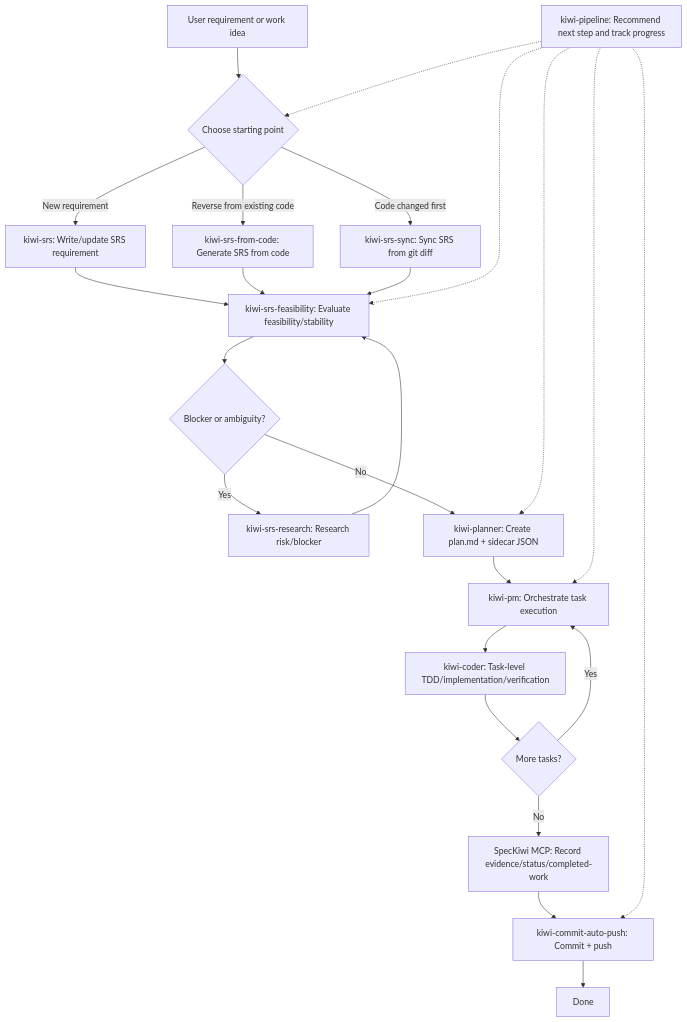
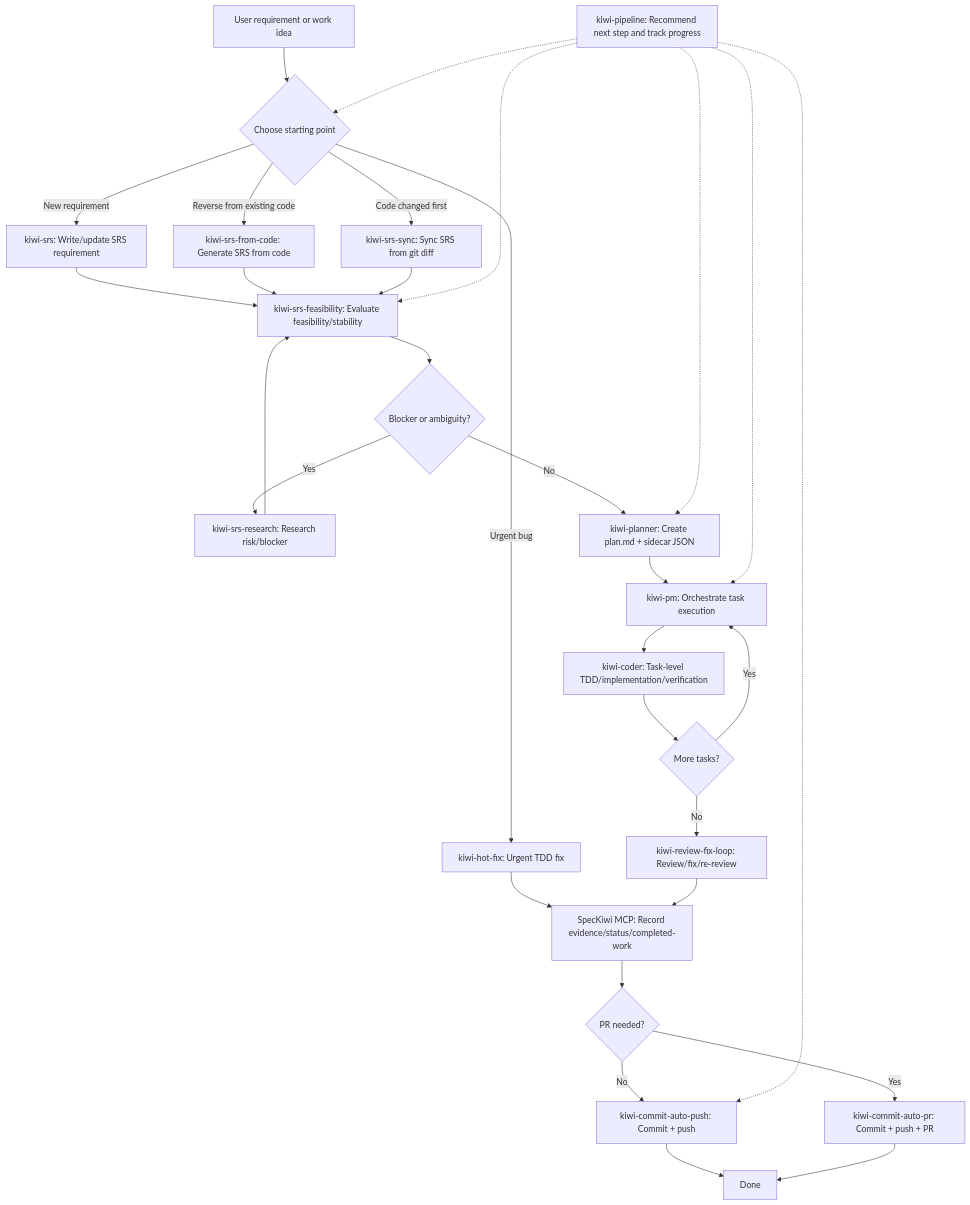
One commit to Snoworca/speckiwi changed the third of 4 diagrams in README.md. Above: the diagram before and after it, drawn with Mermaid. The commit also changed other lines of this file and 75 other files, not shown here.

````diff
--- a/README.md
+++ b/README.md
@@ -462,30 +490,36 @@
 ```mermaid
 flowchart TD
     A["User requirement or work idea"] --> B{"Choose starting point"}
     B -->|New requirement| C["kiwi-srs: Write/update SRS requirement"]
     B -->|Reverse from existing code| D["kiwi-srs-from-code: Generate SRS from code"]
     B -->|Code changed first| E["kiwi-srs-sync: Sync SRS from git diff"]
+    B -->|Urgent bug| Q["kiwi-hot-fix: Urgent TDD fix"]
 
     C --> F["kiwi-srs-feasibility: Evaluate feasibility/stability"]
     D --> F
     E --> F
+    Q --> M
 
     F --> G{"Blocker or ambiguity?"}
     G -->|Yes| H["kiwi-srs-research: Research risk/blocker"]
     H --> F
     G -->|No| I["kiwi-planner: Create plan.md + sidecar JSON"]
 
     I --> J["kiwi-pm: Orchestrate task execution"]
     J --> K["kiwi-coder: Task-level TDD/implementation/verification"]
     K --> L{"More tasks?"}
     L -->|Yes| J
-    L -->|No| M["SpecKiwi MCP: Record evidence/status/completed-work"]
-    M --> N["kiwi-commit-auto-push: Commit + push"]
+    L -->|No| R["kiwi-review-fix-loop: Review/fix/re-review"]
+    R --> M["SpecKiwi MCP: Record evidence/status/completed-work"]
+    M --> S{"PR needed?"}
+    S -->|No| N["kiwi-commit-auto-push: Commit + push"]
+    S -->|Yes| T["kiwi-commit-auto-pr: Commit + push + PR"]
     N --> O["Done"]
+    T --> O
 
     P["kiwi-pipeline: Recommend next step and track progress"] -.-> B
     P -.-> F
     P -.-> I
     P -.-> J
     P -.-> N
 ```
````
